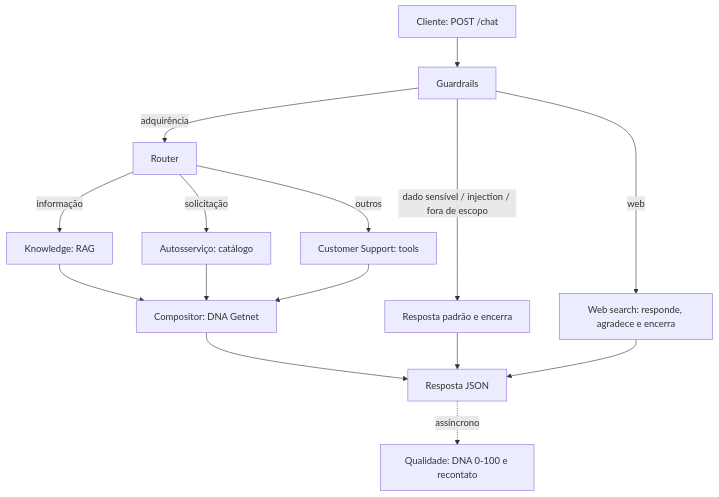
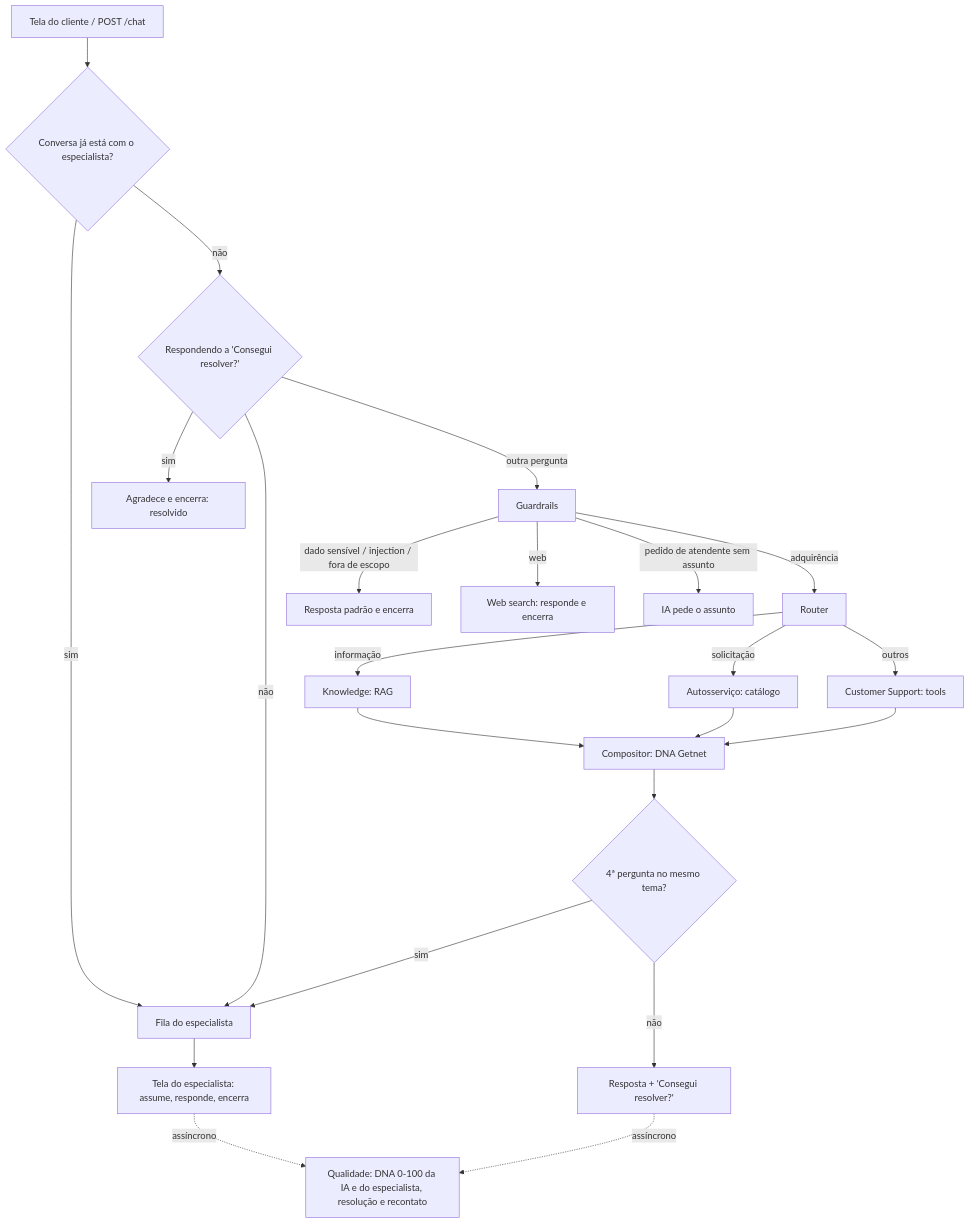
One commit to MayStecanella/getnet-multiagent changed the diagram in README.md. Above: the diagram before and after it, drawn with Mermaid. The commit also changed other lines of this file and 51 other files, not shown here.

````diff
--- a/README.md
+++ b/README.md
@@ -73,17 +95,25 @@
 ```mermaid
 flowchart TD
-    C[Cliente: POST /chat] --> G[Guardrails]
+    C[Tela do cliente / POST /chat] --> S{Conversa já está com o especialista?}
+    S -- sim --> FH[Fila do especialista]
+    S -- não --> F{Respondendo a 'Consegui resolver?'}
+    F -- sim --> FIM[Agradece e encerra: resolvido]
+    F -- não --> FH
+    F -- outra pergunta --> G[Guardrails]
     G -- dado sensível / injection / fora de escopo --> E[Resposta padrão e encerra]
-    G -- web --> W[Web search: responde, agradece e encerra]
+    G -- web --> W[Web search: responde e encerra]
+    G -- pedido de atendente sem assunto --> PA[IA pede o assunto]
     G -- adquirência --> R[Router]
     R -- informação --> K[Knowledge: RAG]
     R -- solicitação --> A[Autosserviço: catálogo]
-    R -- outros --> S[Customer Support: tools]
+    R -- outros --> SP[Customer Support: tools]
     K --> CP[Compositor: DNA Getnet]
     A --> CP
-    S --> CP
-    CP --> J[Resposta JSON]
-    E --> J
-    W --> J
-    J -. assíncrono .-> Q[Qualidade: DNA 0-100 e recontato]
+    SP --> CP
+    CP --> T{4ª pergunta no mesmo tema?}
+    T -- sim --> FH
+    T -- não --> J[Resposta + 'Consegui resolver?']
+    FH --> H[Tela do especialista: assume, responde, encerra]
+    J -. assíncrono .-> Q[Qualidade: DNA 0-100 da IA e do especialista, resolução e recontato]
+    H -. assíncrono .-> Q
 ```
````
